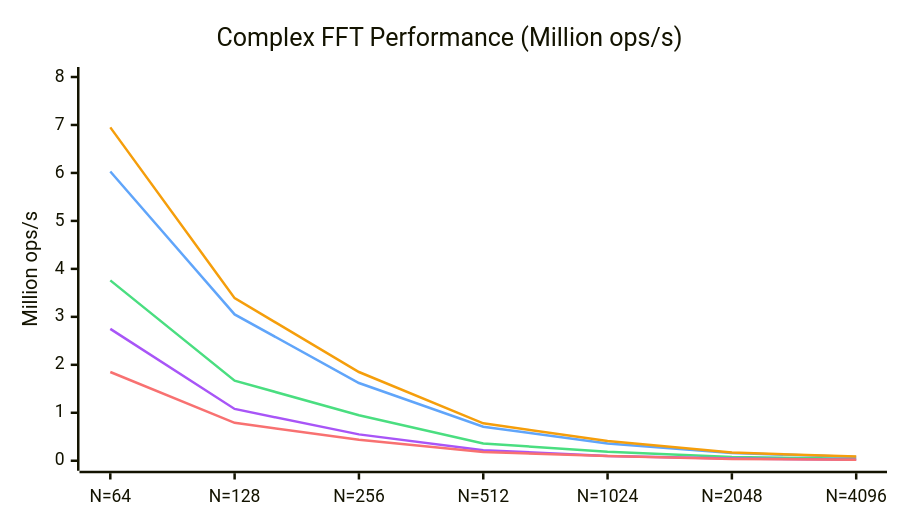
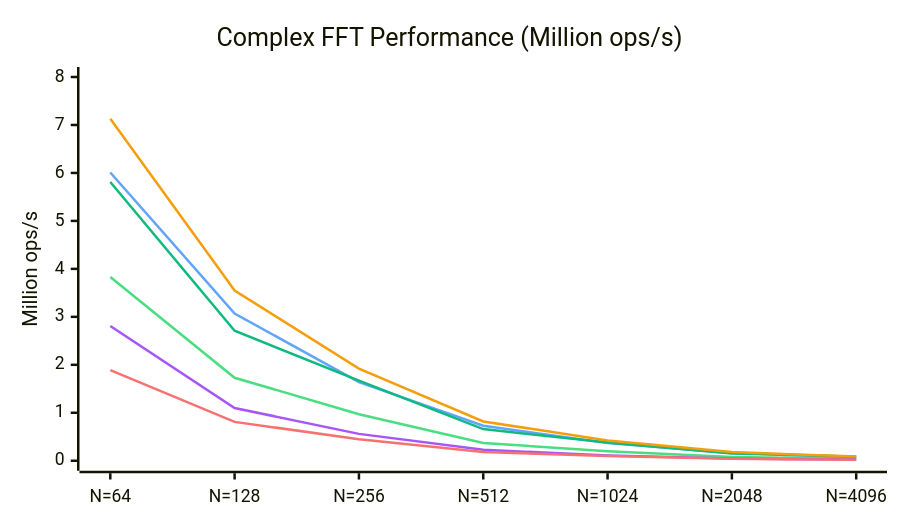
The first of 2 diagrams in README.md (EmNudge/wat-fft), drawn with Mermaid before and after one commit. The commit also changed other lines of this file and 11 other files, not shown here.

````diff
--- a/README.md
+++ b/README.md
@@ -21,20 +18,21 @@
 ```mermaid
 ---
 config:
     xyChart:
         width: 700
         height: 400
     themeVariables:
         xyChart:
-            plotColorPalette: "#4ade80, #60a5fa, #f59e0b, #a855f7, #f87171"
+            plotColorPalette: "#4ade80, #60a5fa, #10b981, #f59e0b, #a855f7, #f87171"
 ---
 xychart-beta
     title "Complex FFT Performance (Million ops/s)"
     x-axis [N=64, N=128, N=256, N=512, N=1024, N=2048, N=4096]
     y-axis "Million ops/s" 0 --> 8
-    line [3.76, 1.67, 0.95, 0.36, 0.19, 0.078, 0.044]
-    line [6.03, 3.05, 1.62, 0.71, 0.36, 0.161, 0.080]
-    line [6.95, 3.39, 1.85, 0.78, 0.41, 0.171, 0.088]
-    line [2.75, 1.08, 0.55, 0.22, 0.10, 0.046, 0.023]
-    line [1.85, 0.79, 0.44, 0.18, 0.10, 0.039, 0.021]
+    line [3.83, 1.73, 0.97, 0.37, 0.20, 0.080, 0.044]
+    line [6.01, 3.07, 1.64, 0.73, 0.37, 0.163, 0.081]
+    line [5.81, 2.71, 1.67, 0.66, 0.38, 0.151, 0.084]
+    line [7.13, 3.55, 1.92, 0.82, 0.42, 0.180, 0.089]
+    line [2.81, 1.10, 0.56, 0.23, 0.11, 0.047, 0.024]
+    line [1.89, 0.81, 0.45, 0.18, 0.10, 0.041, 0.022]
 ```
````
